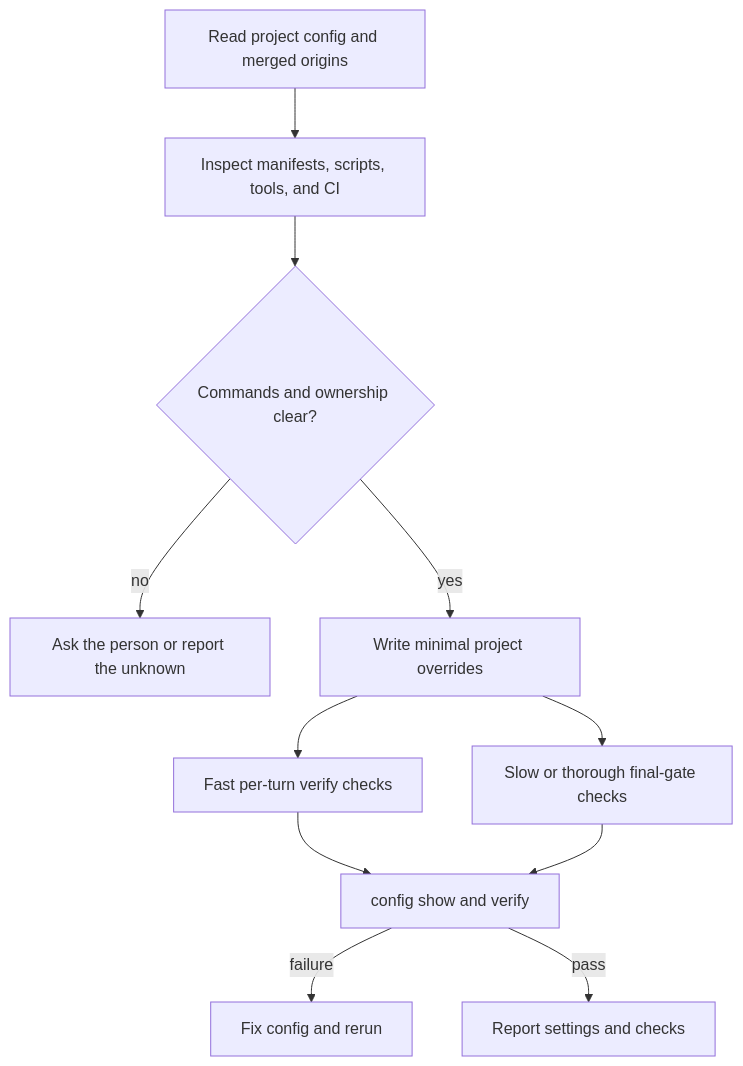
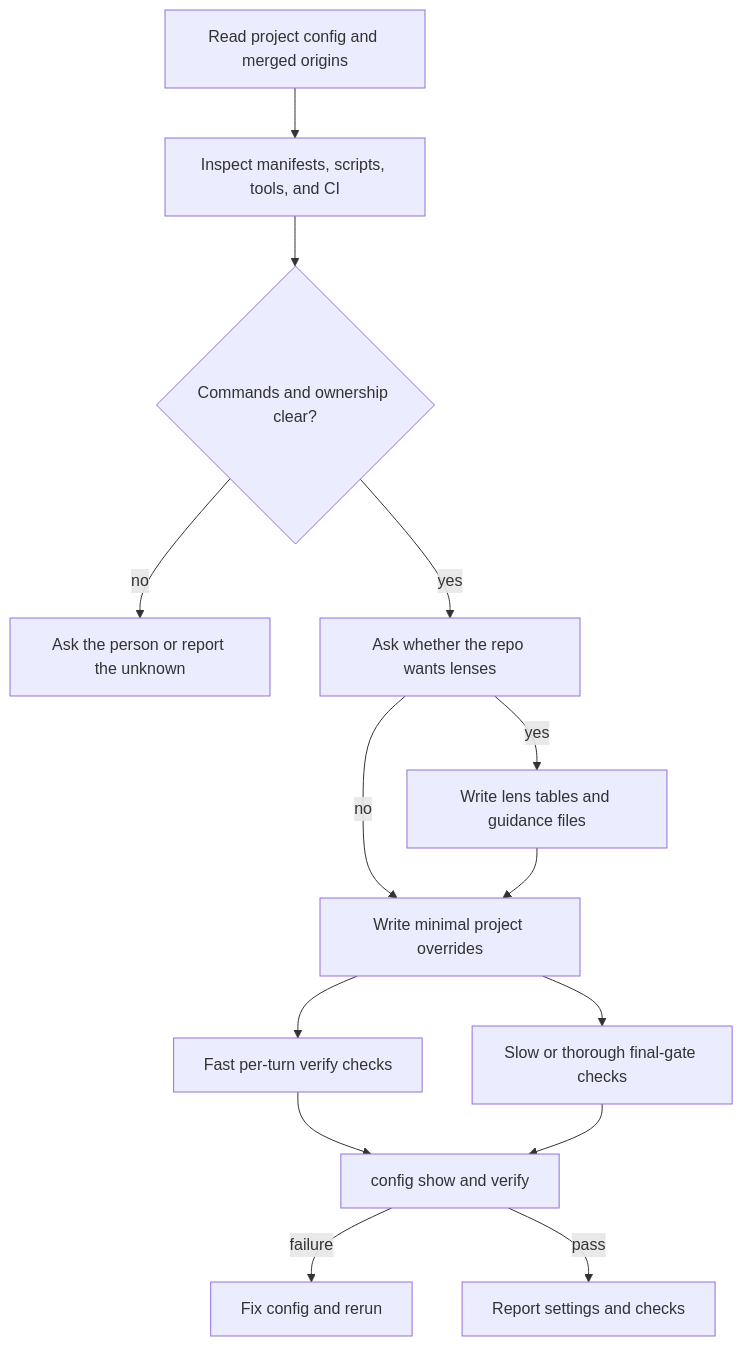
Before and after one commit to kalverra/parlay-club: the diagram in .agents/skills/gv-configure/SKILL.md, drawn with Mermaid. The commit also changed other lines of this file and 8 other files, not shown here.

````diff
--- a/.agents/skills/gv-configure/SKILL.md
+++ b/.agents/skills/gv-configure/SKILL.md
@@ -11,13 +11,16 @@
 ```mermaid
 flowchart TD
   READ[Read project config and merged origins] --> INSPECT[Inspect manifests, scripts, tools, and CI]
   INSPECT --> EVIDENCE{Commands and ownership clear?}
   EVIDENCE -->|no| ASK[Ask the person or report the unknown]
-  EVIDENCE -->|yes| WRITE[Write minimal project overrides]
+  EVIDENCE -->|yes| LENS[Ask whether the repo wants lenses]
+  LENS -->|yes| ADDLENS[Write lens tables and guidance files]
+  LENS -->|no| WRITE[Write minimal project overrides]
+  ADDLENS --> WRITE
   WRITE --> FAST[Fast per-turn verify checks]
   WRITE --> FINAL[Slow or thorough final-gate checks]
   FAST --> VALIDATE[config show and verify]
   FINAL --> VALIDATE
   VALIDATE -->|failure| FIX[Fix config and rerun]
   VALIDATE -->|pass| REPORT[Report settings and checks]
 ```
````
